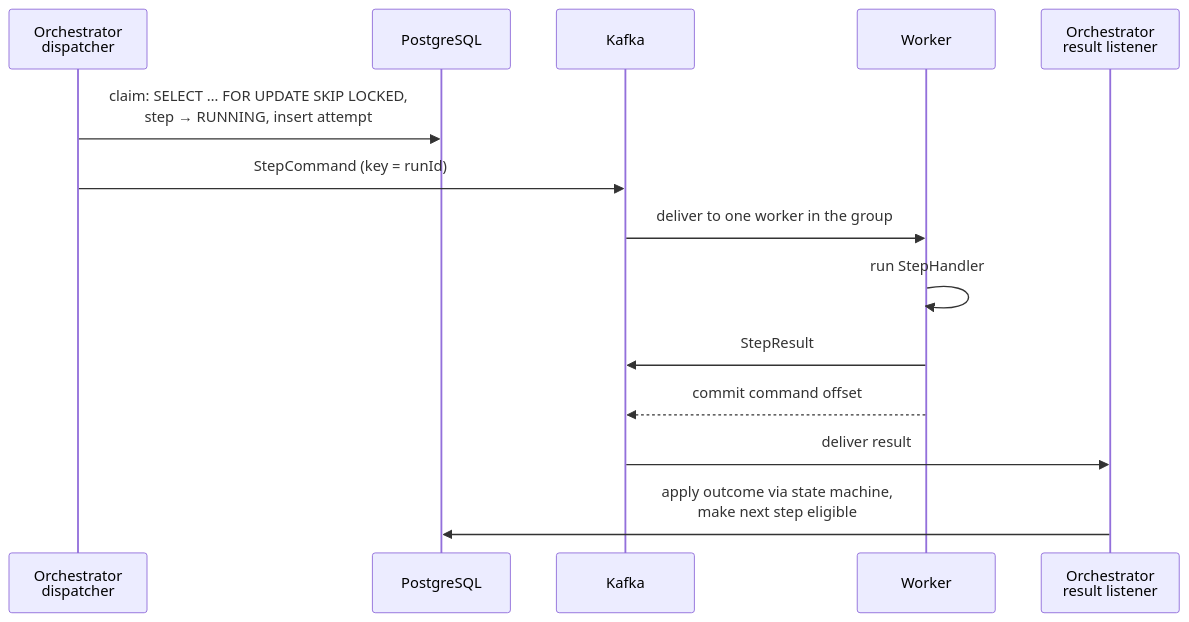
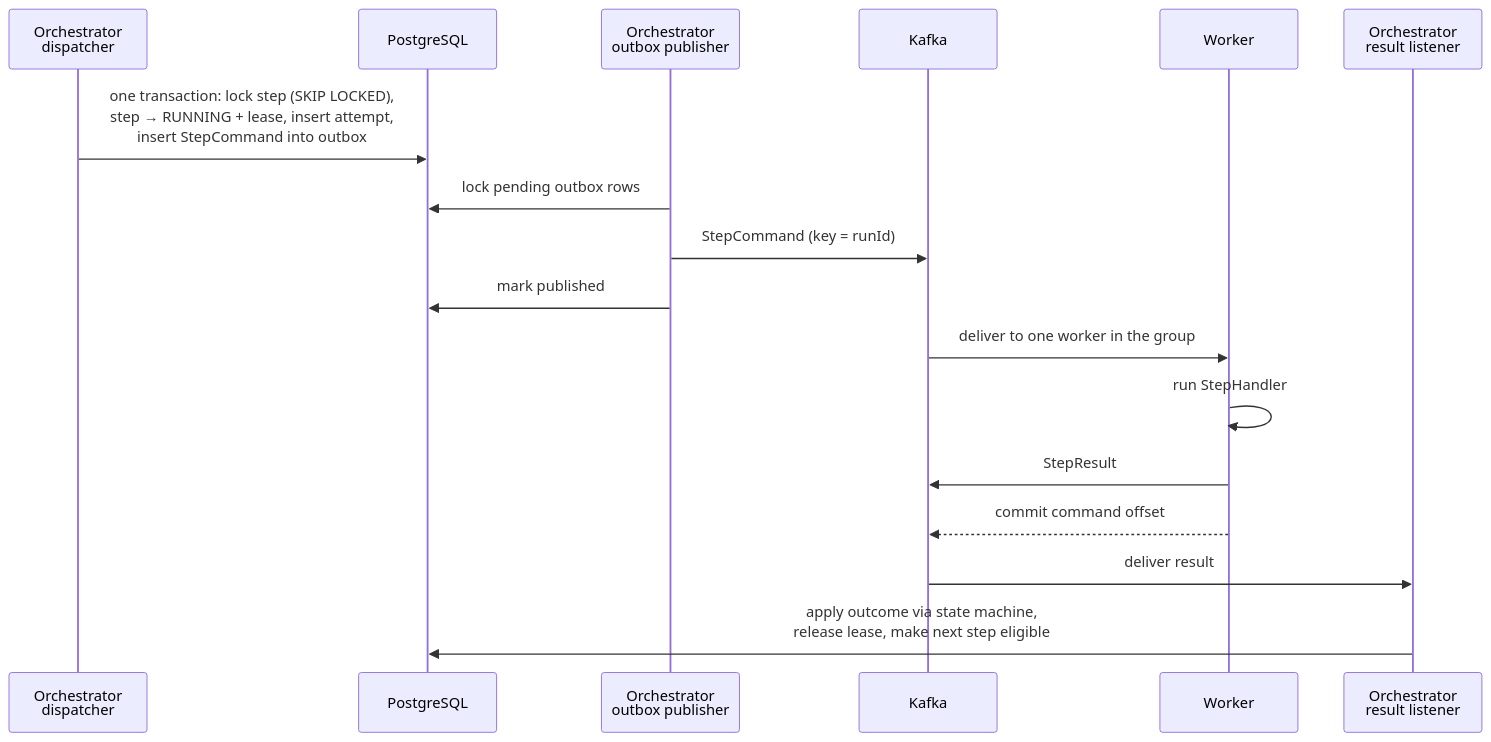
Before and after one commit to LouayChayeb/flowforge: the second of 2 diagrams in README.md, drawn with Mermaid. The commit also changed other lines of this file, not shown here.

````diff
--- a/README.md
+++ b/README.md
@@ -113,16 +121,19 @@
 ```mermaid
 sequenceDiagram
     participant D as Orchestrator<br/>dispatcher
     participant DB as PostgreSQL
+    participant P as Orchestrator<br/>outbox publisher
     participant K as Kafka
     participant W as Worker
     participant L as Orchestrator<br/>result listener
-    D->>DB: claim: SELECT … FOR UPDATE SKIP LOCKED,<br/>step → RUNNING, insert attempt
-    D->>K: StepCommand (key = runId)
+    D->>DB: one transaction: lock step (SKIP LOCKED),<br/>step → RUNNING + lease, insert attempt,<br/>insert StepCommand into outbox
+    P->>DB: lock pending outbox rows
+    P->>K: StepCommand (key = runId)
+    P->>DB: mark published
     K->>W: deliver to one worker in the group
     W->>W: run StepHandler
     W->>K: StepResult
     W-->>K: commit command offset
     K->>L: deliver result
-    L->>DB: apply outcome via state machine,<br/>make next step eligible
+    L->>DB: apply outcome via state machine,<br/>release lease, make next step eligible
 ```
````
